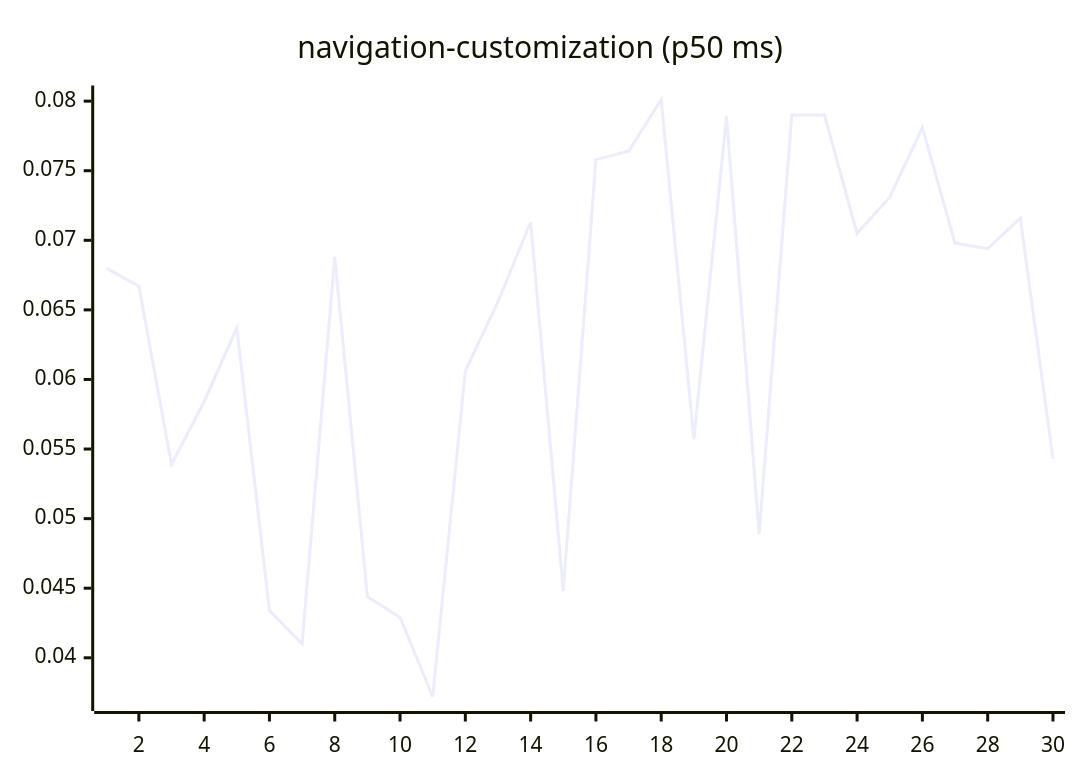
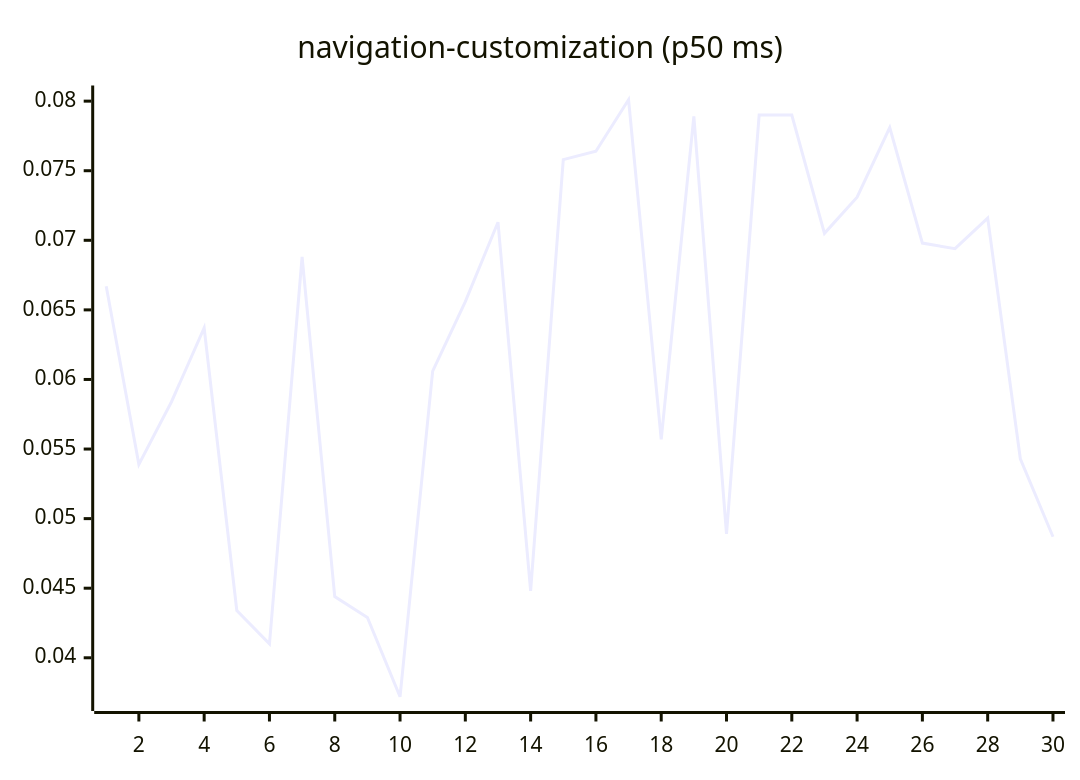
One commit to josha/Facet changed diagram 15 of 27 in README.md. Above: the diagram before and after it, drawn with Mermaid. The commit also changed other lines of this file and 2 other files, not shown here.

````diff
--- a/README.md
+++ b/README.md
@@ -161,6 +161,6 @@
 ```mermaid
 xychart-beta
     title "navigation-customization (p50 ms)"
     x-axis 1 --> 30
-    line [0.0680, 0.0667, 0.0539, 0.0584, 0.0637, 0.0434, 0.0410, 0.0688, 0.0444, 0.0429, 0.0372, 0.0606, 0.0656, 0.0713, 0.0448, 0.0758, 0.0764, 0.0801, 0.0557, 0.0789, 0.0489, 0.0790, 0.0790, 0.0705, 0.0731, 0.0781, 0.0698, 0.0694, 0.0716, 0.0543]
+    line [0.0667, 0.0539, 0.0584, 0.0637, 0.0434, 0.0410, 0.0688, 0.0444, 0.0429, 0.0372, 0.0606, 0.0656, 0.0713, 0.0448, 0.0758, 0.0764, 0.0801, 0.0557, 0.0789, 0.0489, 0.0790, 0.0790, 0.0705, 0.0731, 0.0781, 0.0698, 0.0694, 0.0716, 0.0543, 0.0487]
 ```
````
